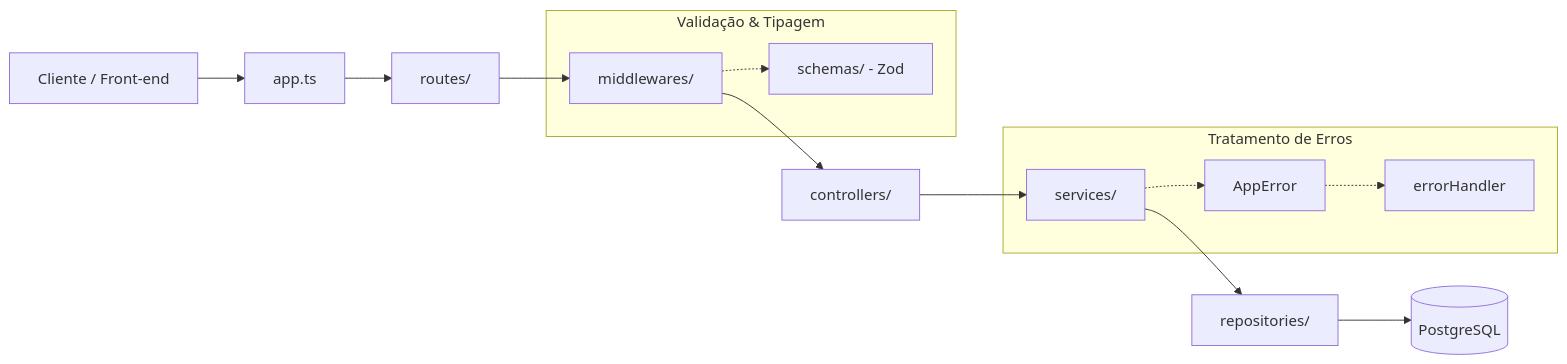
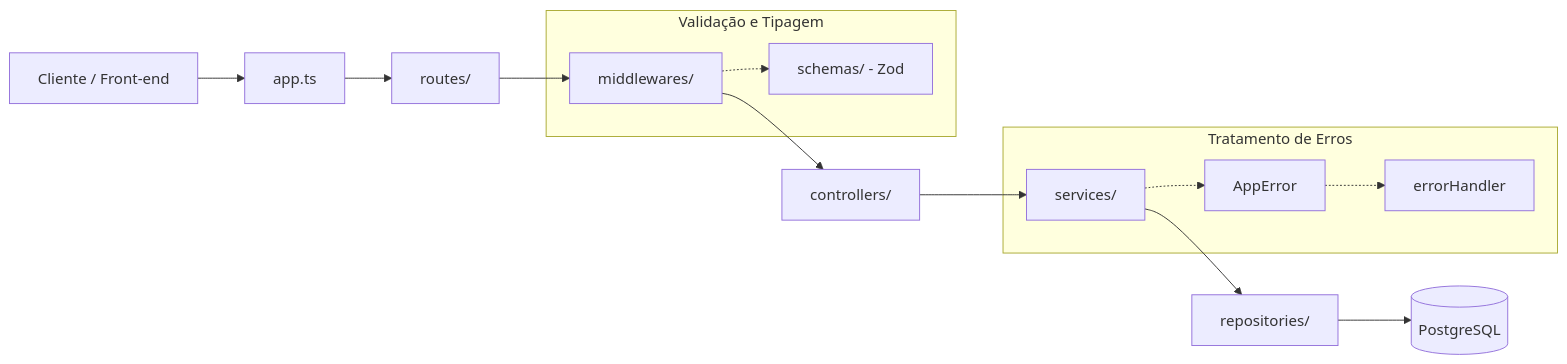
One commit to RafaelBarale/controle-horas-backend-ts changed the first of 2 diagrams in docs/fluxo_desenvolvimento.md. Above: the diagram before and after it, drawn with Mermaid. The commit also changed other lines of this file and 6 other files, not shown here.

````diff
--- a/docs/fluxo_desenvolvimento.md
+++ b/docs/fluxo_desenvolvimento.md
@@ -11,19 +11,19 @@
 ```mermaid
 flowchart LR
     A[Cliente / Front-end] --> B[app.ts]
     B --> C[routes/]
     C --> D[middlewares/]
     D --> E[controllers/]
     E --> F[services/]
     F --> G[repositories/]
     G --> H[(PostgreSQL)]
-    
-    subgraph Validação & Tipagem
+
+    subgraph Validação e Tipagem
         D -.-> I[schemas/ - Zod]
     end
-    
+
     subgraph Tratamento de Erros
         F -.-> J[AppError]
         J -.-> K[errorHandler]
     end
 ```
````
